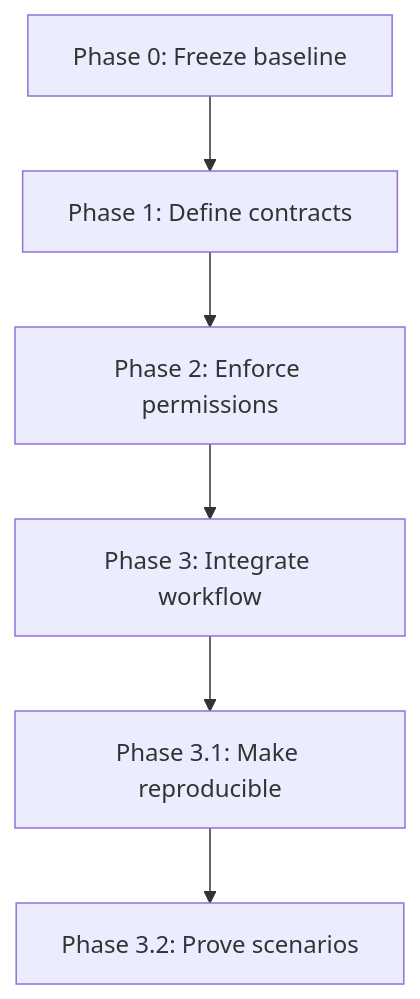
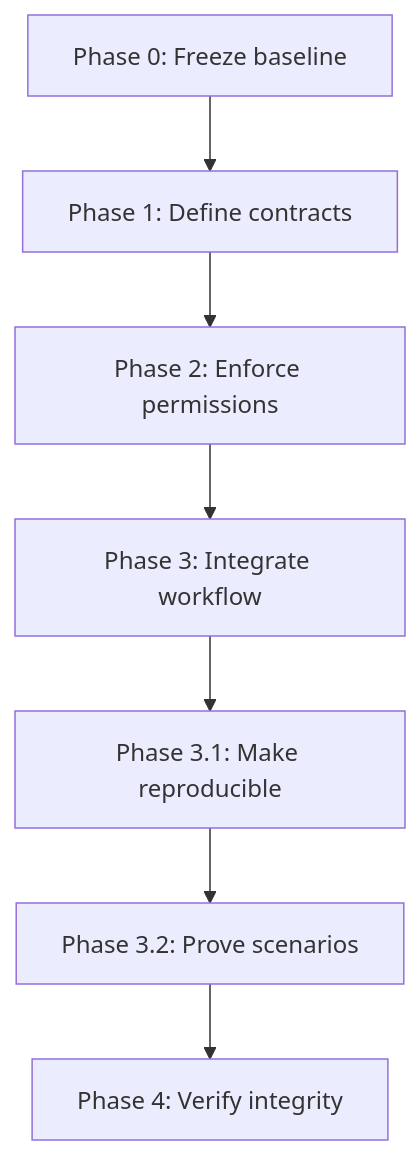
The diagram in MVP_1/docs/phases/README.md (wholidi/Urielle-ISO42001-AIMS-Toolkit), drawn with Mermaid before and after one commit. The commit also changed other lines of this file and 42 other files, not shown here.

````diff
--- a/MVP_1/docs/phases/README.md
+++ b/MVP_1/docs/phases/README.md
@@ -23,8 +24,9 @@
 ```mermaid
 flowchart TD
     P0["Phase 0: Freeze baseline"] --> P1["Phase 1: Define contracts"]
     P1 --> P2["Phase 2: Enforce permissions"]
     P2 --> P3["Phase 3: Integrate workflow"]
     P3 --> P31["Phase 3.1: Make reproducible"]
     P31 --> P32["Phase 3.2: Prove scenarios"]
+    P32 --> P4["Phase 4: Verify integrity"]
 ```
````
